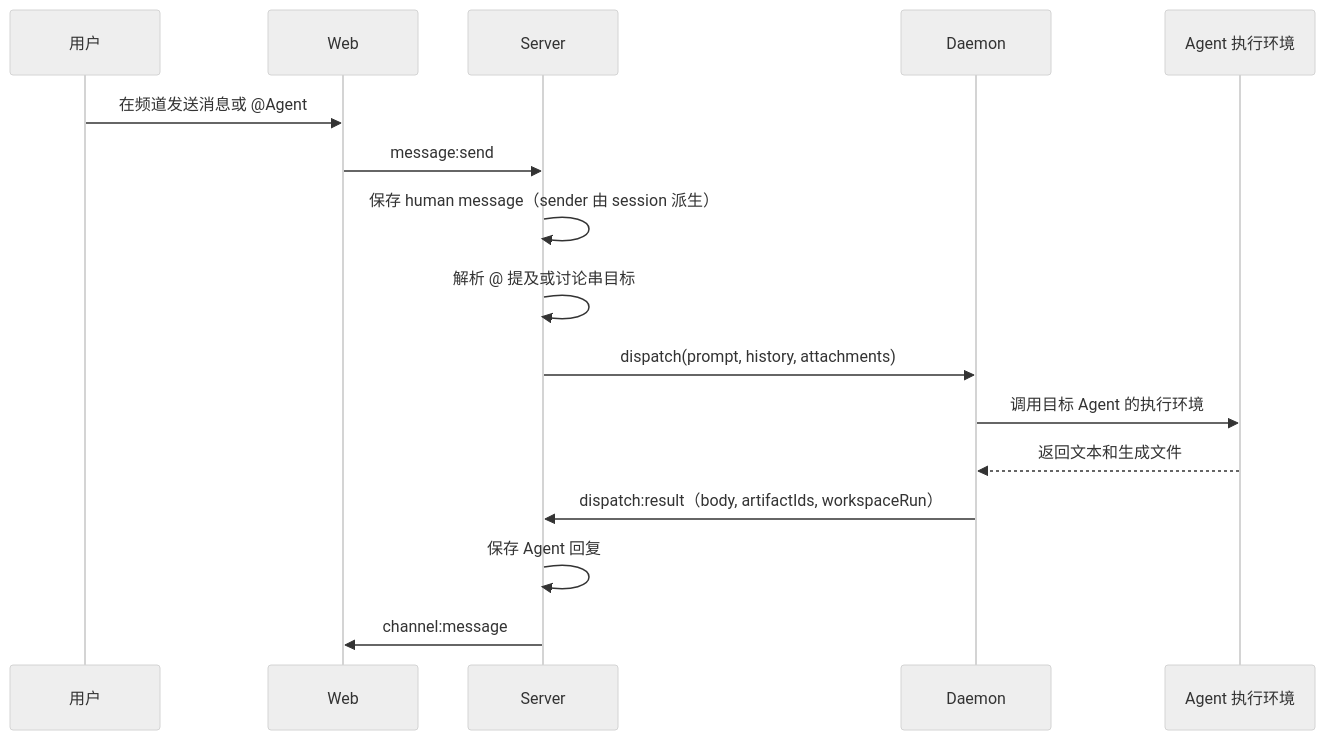
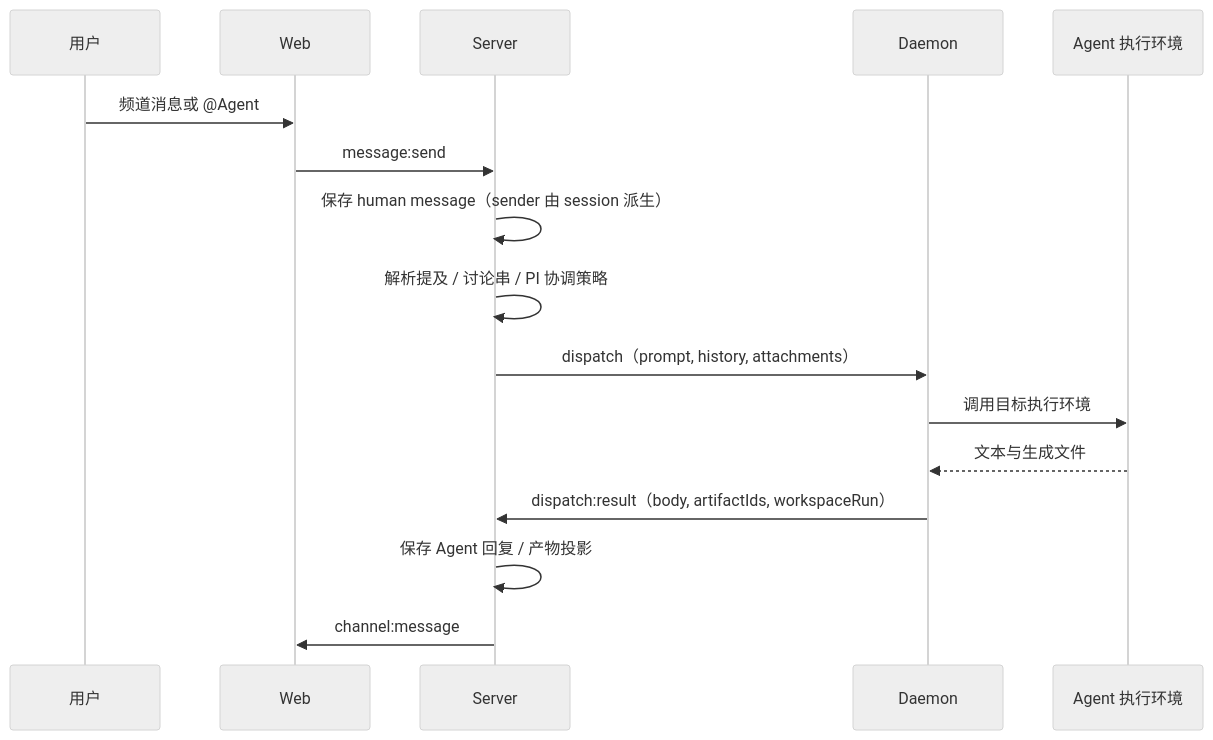
Before and after one commit to xiaojichao/agentbean: the third of 5 diagrams in README.md, drawn with Mermaid (neutral theme). The commit also changed other lines of this file and 1 other file, not shown here.

First line of the commit message:
docs: 同步 README 与 CI_CD 至 AgentBean Next 现状

````diff
--- a/README.md
+++ b/README.md
@@ -170,19 +222,19 @@
 ```mermaid
 sequenceDiagram
   participant U as 用户
   participant W as Web
   participant S as Server
   participant D as Daemon
   participant A as Agent 执行环境
 
-  U->>W: 在频道发送消息或 @Agent
+  U->>W: 频道消息或 @Agent
   W->>S: message:send
   S->>S: 保存 human message（sender 由 session 派生）
-  S->>S: 解析 @ 提及或讨论串目标
-  S->>D: dispatch(prompt, history, attachments)
-  D->>A: 调用目标 Agent 的执行环境
-  A-->>D: 返回文本和生成文件
+  S->>S: 解析提及 / 讨论串 / PI 协调策略
+  S->>D: dispatch（prompt, history, attachments）
+  D->>A: 调用目标执行环境
+  A-->>D: 文本与生成文件
   D->>S: dispatch:result（body, artifactIds, workspaceRun）
-  S->>S: 保存 Agent 回复
+  S->>S: 保存 Agent 回复 / 产物投影
   S->>W: channel:message
 ```
````
